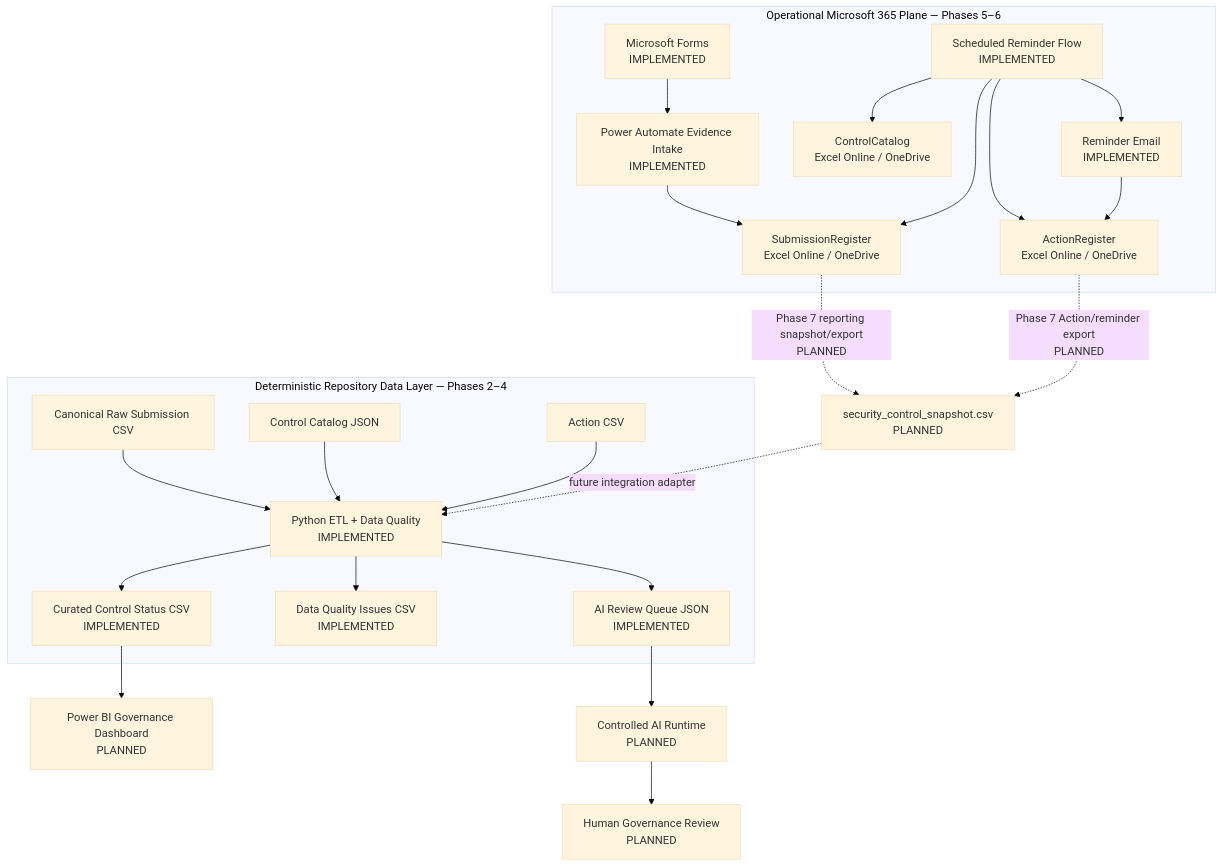
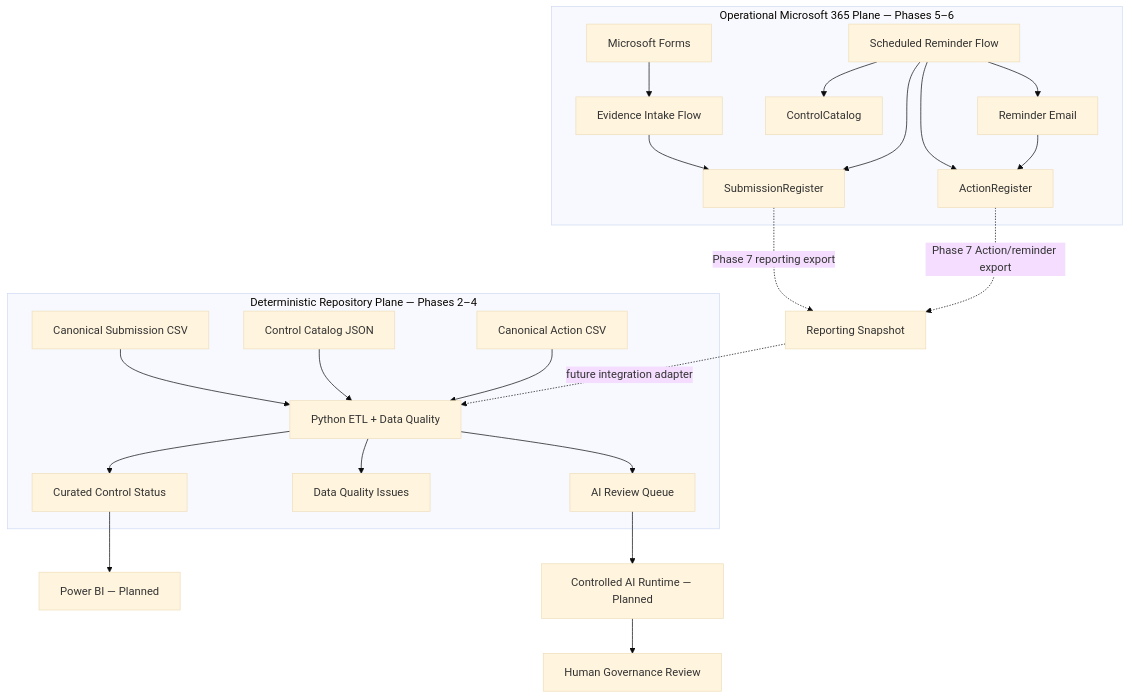
The first of 4 diagrams in docs/architecture.md (gw-ai-security/cyber-governance-automation-lab), drawn with Mermaid (base theme) before and after one commit. The commit also changed other lines of this file, not shown here.

Commit message:
docs: align architecture with current phase boundaries

````diff
--- a/docs/architecture.md
+++ b/docs/architecture.md
@@ -45,30 +47,30 @@
 ```mermaid
 flowchart TD
     subgraph OP[Operational Microsoft 365 Plane — Phases 5–6]
-        A[Microsoft Forms<br/>IMPLEMENTED] --> B[Power Automate Evidence Intake<br/>IMPLEMENTED]
-        B --> C[SubmissionRegister<br/>Excel Online / OneDrive]
+        A[Microsoft Forms] --> B[Evidence Intake Flow]
+        B --> C[SubmissionRegister]
 
-        D[Scheduled Reminder Flow<br/>IMPLEMENTED] --> C
-        D --> E[ControlCatalog<br/>Excel Online / OneDrive]
-        D --> F[ActionRegister<br/>Excel Online / OneDrive]
-        D --> G[Reminder Email<br/>IMPLEMENTED]
+        D[Scheduled Reminder Flow] --> C
+        D --> E[ControlCatalog]
+        D --> F[ActionRegister]
+        D --> G[Reminder Email]
         G --> F
     end
 
-    subgraph REPO[Deterministic Repository Data Layer — Phases 2–4]
-        H[Canonical Raw Submission CSV] --> K[Python ETL + Data Quality<br/>IMPLEMENTED]
+    subgraph REPO[Deterministic Repository Plane — Phases 2–4]
+        H[Canonical Submission CSV] --> K[Python ETL + Data Quality]
         I[Control Catalog JSON] --> K
-        J[Action CSV] --> K
-        K --> L[Curated Control Status CSV<br/>IMPLEMENTED]
-        K --> M[Data Quality Issues CSV<br/>IMPLEMENTED]
-        K --> N[AI Review Queue JSON<br/>IMPLEMENTED]
+        J[Canonical Action CSV] --> K
+        K --> L[Curated Control Status]
+        K --> M[Data Quality Issues]
+        K --> N[AI Review Queue]
     end
 
-    C -. Phase 7 reporting snapshot/export<br/>PLANNED .-> S[security_control_snapshot.csv<br/>PLANNED]
-    F -. Phase 7 Action/reminder export<br/>PLANNED .-> S
+    C -. Phase 7 reporting export .-> S[Reporting Snapshot]
+    F -. Phase 7 Action/reminder export .-> S
     S -. future integration adapter .-> K
 
-    L --> P[Power BI Governance Dashboard<br/>PLANNED]
-    N --> Q[Controlled AI Runtime<br/>PLANNED]
-    Q --> R[Human Governance Review<br/>PLANNED]
+    L --> P[Power BI — Planned]
+    N --> Q[Controlled AI Runtime — Planned]
+    Q --> R[Human Governance Review]
 ```
````
